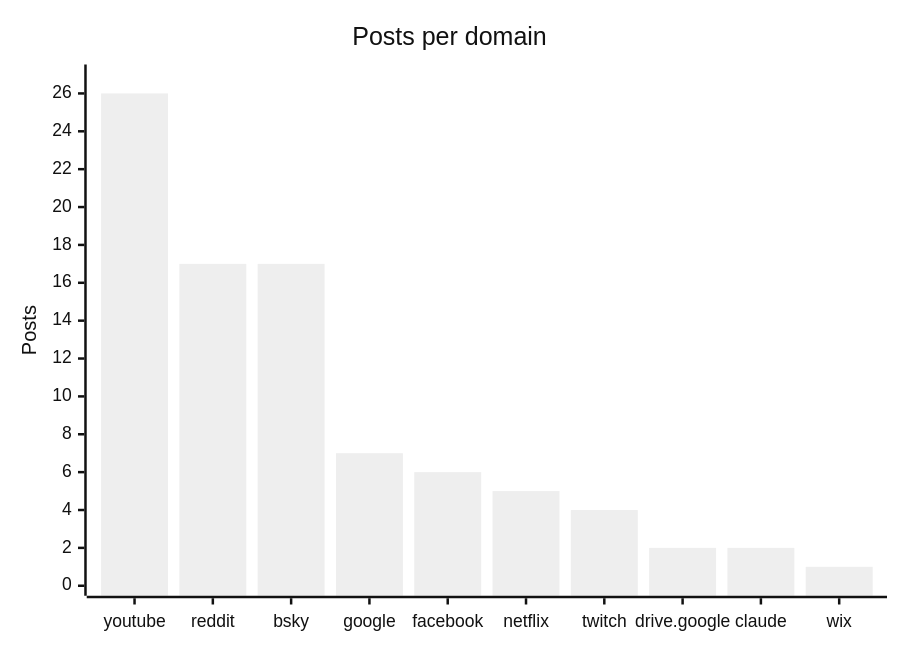
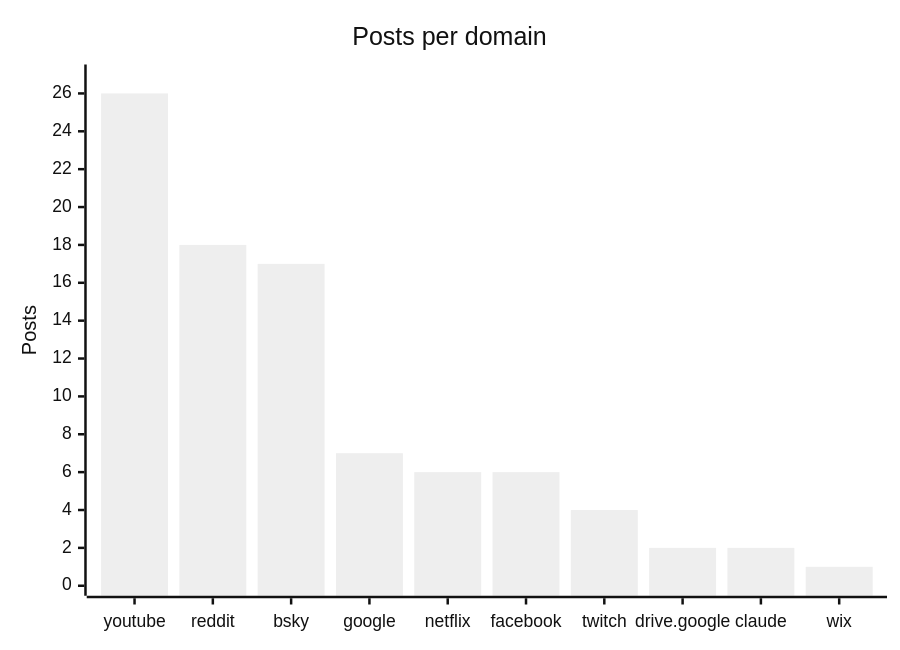
Before and after one commit to martinbalfanz/social-scanner-reports: the fourth of 4 diagrams in README.md, drawn with Mermaid (neutral theme). The commit also changed other lines of this file and 2 other files, not shown here.

````diff
--- a/README.md
+++ b/README.md
@@ -58,7 +58,7 @@
 ```mermaid
 xychart-beta
     title "Posts per domain"
-    x-axis ["youtube", "reddit", "bsky", "google", "facebook", "netflix", "twitch", "drive.google", "claude", "wix"]
+    x-axis ["youtube", "reddit", "bsky", "google", "netflix", "facebook", "twitch", "drive.google", "claude", "wix"]
     y-axis "Posts" 0 --> 27
-    bar [26, 17, 17, 7, 6, 5, 4, 2, 2, 1]
+    bar [26, 18, 17, 7, 6, 6, 4, 2, 2, 1]
 ```
````
